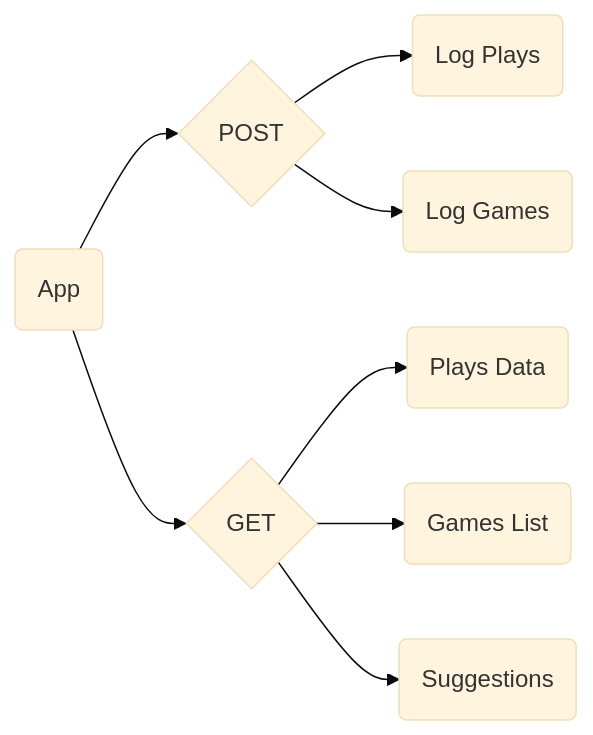
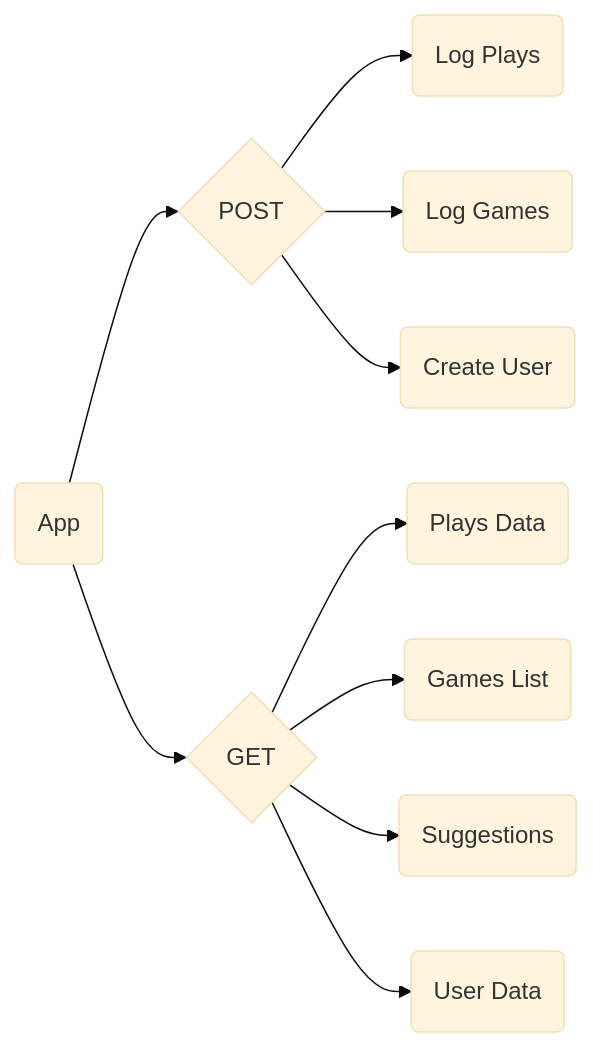
The diagram in README.md (OzLocke/gamelogger), drawn with Mermaid (base theme) before and after one commit. The commit also changed other lines of this file and 3 other files, not shown here.

Commit message:
Updated Readme, added user data and data ER

````diff
--- a/README.md
+++ b/README.md
@@ -4,15 +4,17 @@
 ```mermaid
 graph LR
     B(App)
     B --> C{POST}
     B --> D{GET}
 
     C --> E(Log Plays)
     C --> F(Log Games)
+    C --> J(Create User)
 
     D --> G(Plays Data)
     D --> H(Games List)
     D --> I(Suggestions)
+    D --> K(User Data)
     ;
 
 ```
````
